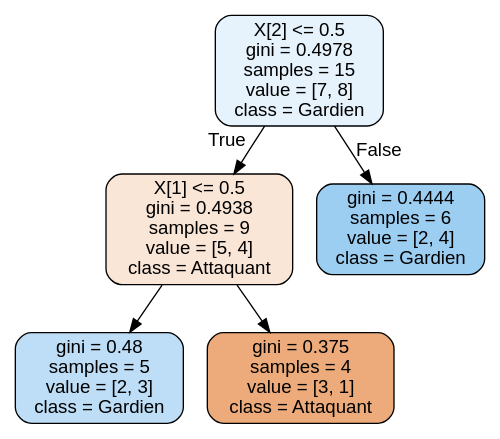
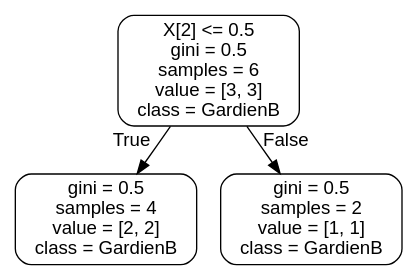
Before and after one commit to exRivalis/SoccerSimulator: the diagram in test_arbre.dot, drawn with Graphviz. The commit also changed 3 other files, not shown here.

```diff
--- a/test_arbre.dot
+++ b/test_arbre.dot
@@ -1,13 +1,9 @@
 digraph Tree {
 node [shape=box, style="filled, rounded", color="black", fontname=helvetica] ;
 edge [fontname=helvetica] ;
-0 [label="X[2] <= 0.5\ngini = 0.4978\nsamples = 15\nvalue = [7, 8]\nclass = Gardien", fillcolor="#399de520"] ;
-1 [label="X[1] <= 0.5\ngini = 0.4938\nsamples = 9\nvalue = [5, 4]\nclass = Attaquant", fillcolor="#e5813933"] ;
+0 [label="X[2] <= 0.5\ngini = 0.5\nsamples = 6\nvalue = [3, 3]\nclass = GardienB", fillcolor="#e5813900"] ;
+1 [label="gini = 0.5\nsamples = 4\nvalue = [2, 2]\nclass = GardienB", fillcolor="#e5813900"] ;
 0 -> 1 [labeldistance=2.5, labelangle=45, headlabel="True"] ;
-2 [label="gini = 0.48\nsamples = 5\nvalue = [2, 3]\nclass = Gardien", fillcolor="#399de555"] ;
-1 -> 2 ;
-3 [label="gini = 0.375\nsamples = 4\nvalue = [3, 1]\nclass = Attaquant", fillcolor="#e58139aa"] ;
-1 -> 3 ;
-4 [label="gini = 0.4444\nsamples = 6\nvalue = [2, 4]\nclass = Gardien", fillcolor="#399de57f"] ;
-0 -> 4 [labeldistance=2.5, labelangle=-45, headlabel="False"] ;
+2 [label="gini = 0.5\nsamples = 2\nvalue = [1, 1]\nclass = GardienB", fillcolor="#e5813900"] ;
+0 -> 2 [labeldistance=2.5, labelangle=-45, headlabel="False"] ;
 }
```
